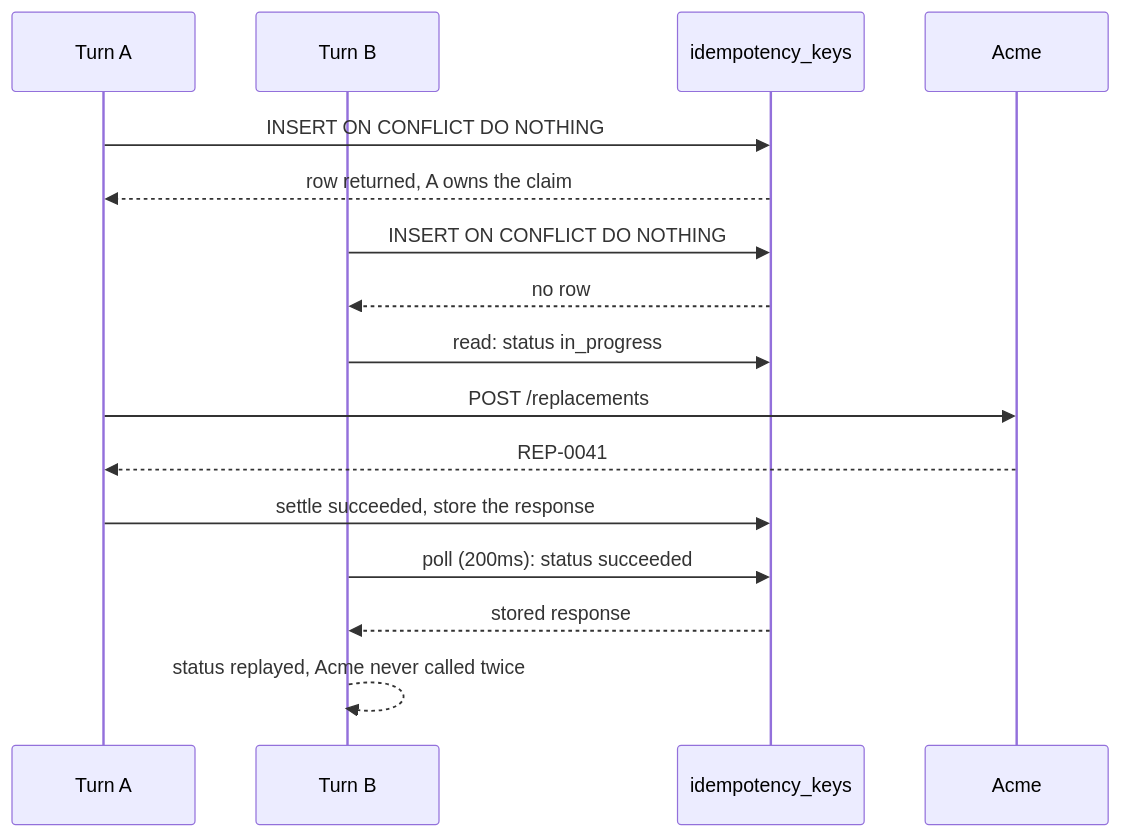
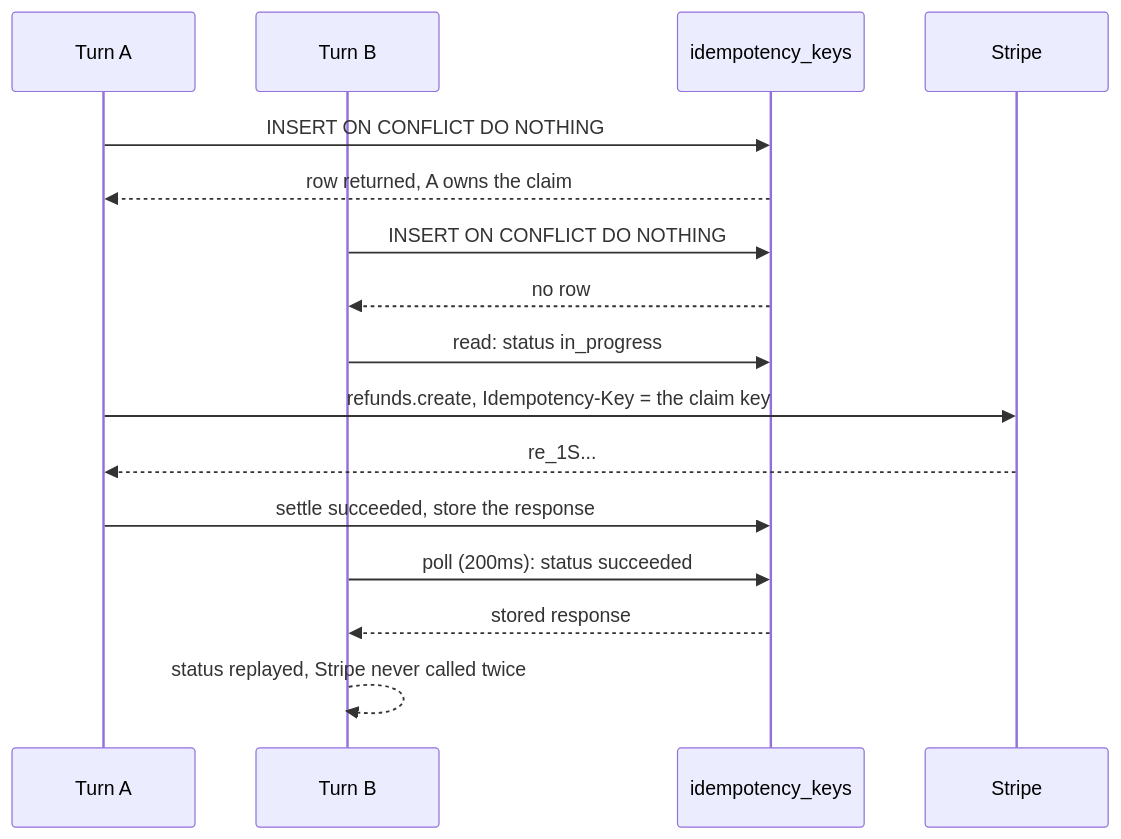
One commit to prawesh-12/kora changed the second of 2 diagrams in docs/06-backend/tool-pipeline.md. Above: the diagram before and after it, drawn with Mermaid. The commit also changed other lines of this file and 20 other files, not shown here.

````diff
--- a/docs/06-backend/tool-pipeline.md
+++ b/docs/06-backend/tool-pipeline.md
@@ -138,19 +146,19 @@
 ```mermaid
 sequenceDiagram
     participant A as Turn A
     participant B as Turn B
     participant K as idempotency_keys
-    participant X as Acme
+    participant X as Stripe
 
     A->>K: INSERT ON CONFLICT DO NOTHING
     K-->>A: row returned, A owns the claim
     B->>K: INSERT ON CONFLICT DO NOTHING
     K-->>B: no row
     B->>K: read: status in_progress
-    A->>X: POST /replacements
-    X-->>A: REP-0041
+    A->>X: refunds.create, Idempotency-Key = the claim key
+    X-->>A: re_1S...
     A->>K: settle succeeded, store the response
     B->>K: poll (200ms): status succeeded
     K-->>B: stored response
-    B-->>B: status replayed, Acme never called twice
+    B-->>B: status replayed, Stripe never called twice
 ```
````
